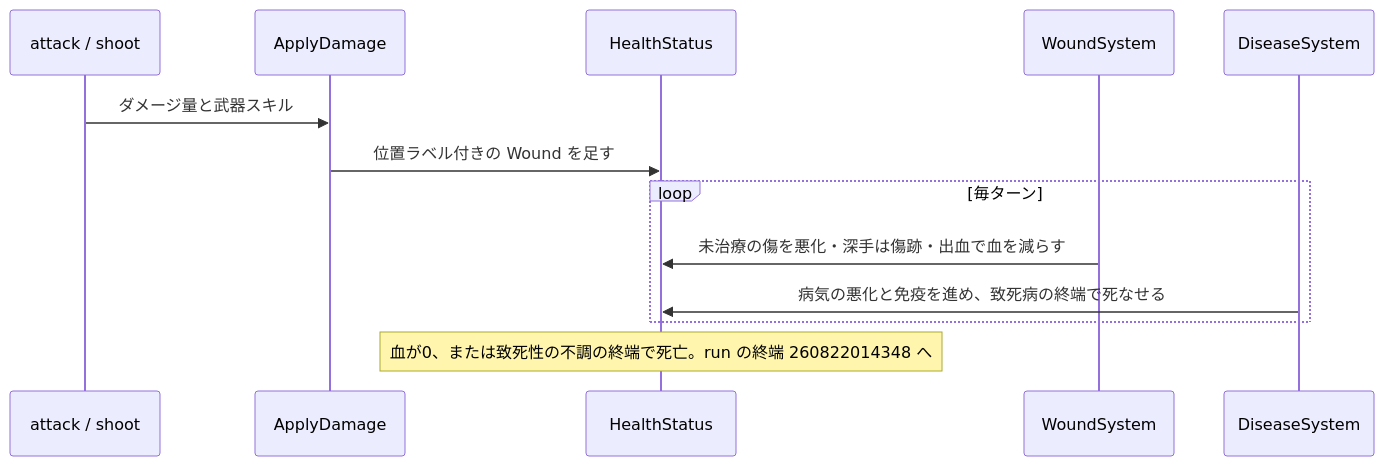
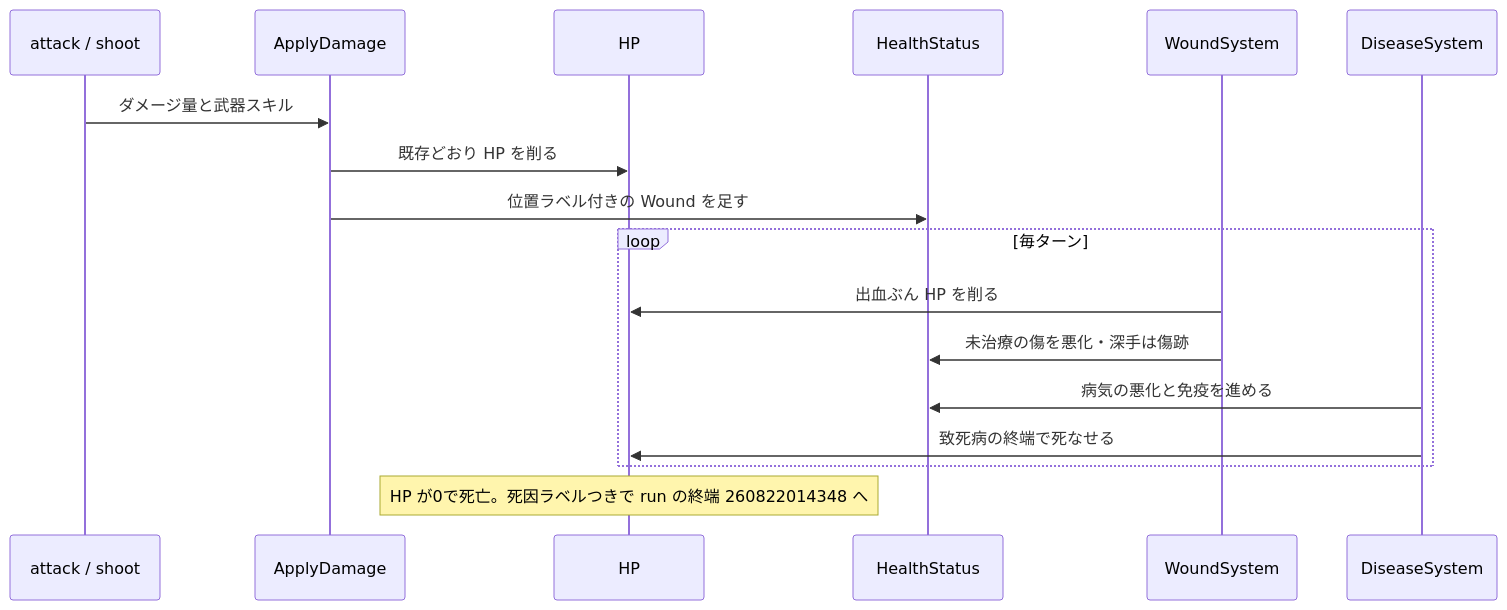
One commit to kijimad/ruins changed the second of 2 diagrams in docs/design/260821232324.md. Above: the diagram before and after it, drawn with Mermaid. The commit also changed other lines of this file and 1 other file, not shown here.

````diff
--- a/docs/design/260821232324.md
+++ b/docs/design/260821232324.md
@@ -97,16 +102,20 @@
 ```mermaid
 sequenceDiagram
     participant AT as attack / shoot
     participant AD as ApplyDamage
+    participant HP as HP
     participant HS as HealthStatus
     participant WS as WoundSystem
     participant DS as DiseaseSystem
 
     AT->>AD: ダメージ量と武器スキル
+    AD->>HP: 既存どおり HP を削る
     AD->>HS: 位置ラベル付きの Wound を足す
     loop 毎ターン
-        WS->>HS: 未治療の傷を悪化・深手は傷跡・出血で血を減らす
-        DS->>HS: 病気の悪化と免疫を進め、致死病の終端で死なせる
+        WS->>HP: 出血ぶん HP を削る
+        WS->>HS: 未治療の傷を悪化・深手は傷跡
+        DS->>HS: 病気の悪化と免疫を進める
+        DS->>HP: 致死病の終端で死なせる
     end
-    Note over HS: 血が0、または致死性の不調の終端で死亡。run の終端 260822014348 へ
+    Note over HP: HP が0で死亡。死因ラベルつきで run の終端 260822014348 へ
 ```
````
